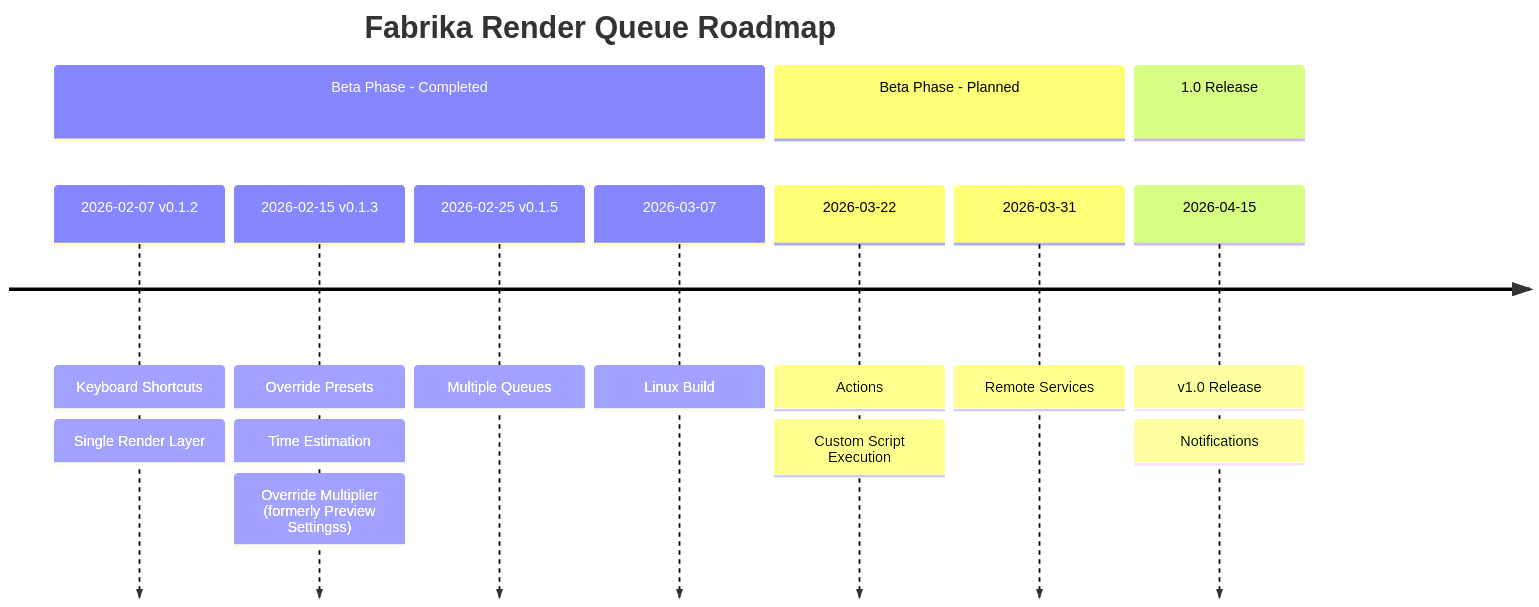
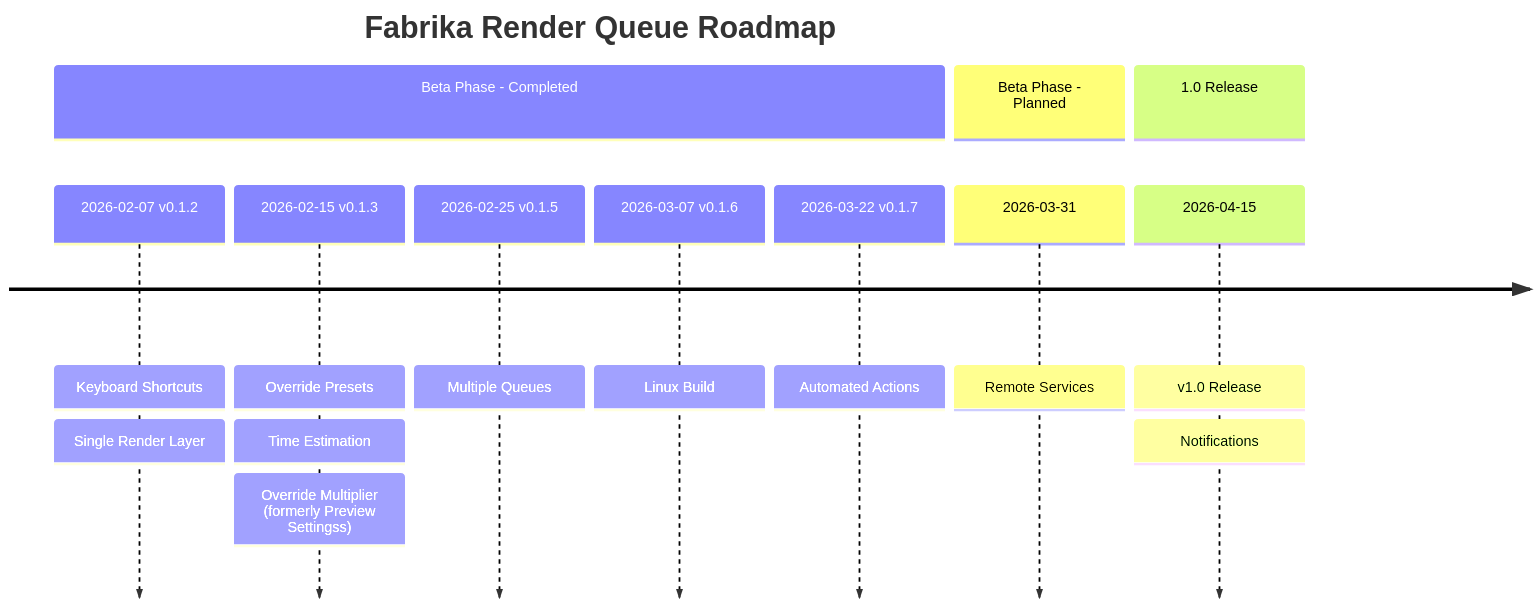
Before and after one commit to jonathan-jesus/fabrika-queue-docs: the diagram in docs/roadmap.md, drawn with Mermaid. The commit also changed 1 other file, not shown here.

Commit message:
update roadmap and bumped beta version

````diff
--- a/docs/roadmap.md
+++ b/docs/roadmap.md
@@ -13,14 +13,14 @@
 ```mermaid
 timeline
     title Fabrika Render Queue Roadmap
     section Beta Phase - Completed
         2026-02-07 v0.1.2 : Keyboard Shortcuts : Single Render Layer
         2026-02-15 v0.1.3 : Override Presets : Time Estimation : Override Multiplier (formerly Preview Settingss)
         2026-02-25 v0.1.5 : Multiple Queues
-        2026-03-07 : Linux Build
+        2026-03-07 v0.1.6 : Linux Build
+        2026-03-22 v0.1.7 : Automated Actions
     section Beta Phase - Planned
-        2026-03-22 : Actions : Custom Script Execution
         2026-03-31 : Remote Services
     section 1.0 Release
         2026-04-15 : v1.0 Release : Notifications
 ```
````
